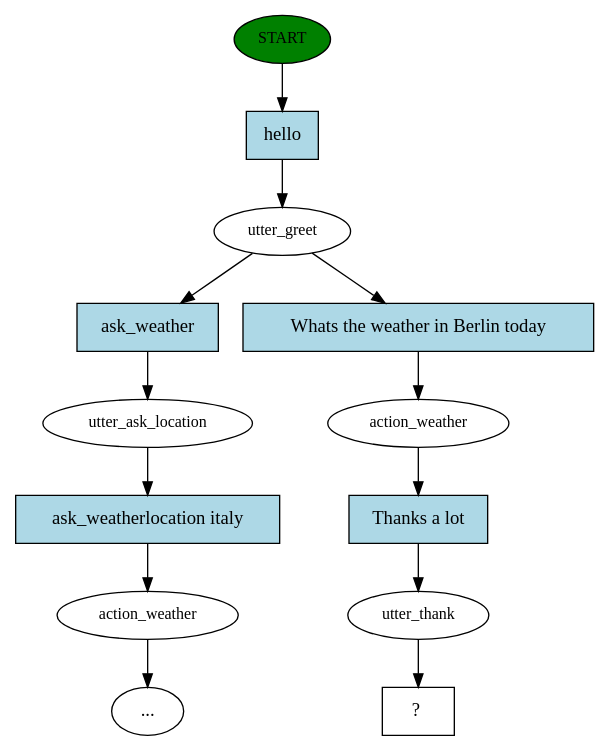
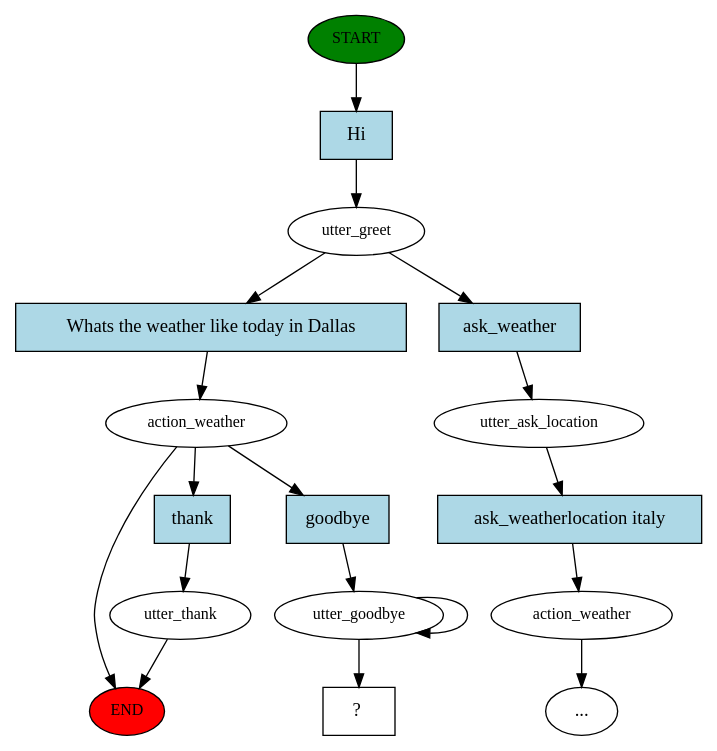
One commit to ryang420/active_bot changed the diagram in story_graph.dot. Above: the diagram before and after it, drawn with Graphviz. The commit also changed 6 other files, not shown here.

```diff
--- a/story_graph.dot
+++ b/story_graph.dot
@@ -1,27 +1,35 @@
 digraph  {
 0 [class="start active", fillcolor=green, fontsize=12, label=START, style=filled];
+"-1" [class=end, fillcolor=red, fontsize=12, label=END, style=filled];
 1 [class=active, fontsize=12, label=utter_greet];
-2 [class="", fontsize=12, label=utter_ask_location];
-3 [class="", fontsize=12, label=action_weather];
+2 [class=active, fontsize=12, label=action_weather];
+3 [class="", fontsize=12, label=utter_thank];
+5 [class="", fontsize=12, label=utter_ask_location];
+6 [class="", fontsize=12, label=action_weather];
 "-3" [class=ellipsis, label="..."];
-5 [class=active, fontsize=12, label=action_weather];
-6 [class=active, fontsize=12, label=utter_thank];
-7 [class="intent dashed active", label="  ?  ", shape=rect];
-8 [class="intent active", fillcolor=lightblue, label=hello, shape=rect, style=filled];
-9 [class=intent, fillcolor=lightblue, label=ask_weather, shape=rect, style=filled];
-10 [class="intent active", fillcolor=lightblue, label="Whats the weather in Berlin today", shape=rect, style=filled];
-11 [class=intent, fillcolor=lightblue, label="ask_weatherlocation italy", shape=rect, style=filled];
-12 [class="intent active", fillcolor=lightblue, label="Thanks a lot", shape=rect, style=filled];
-0 -> 8  [class=active, key=0];
-1 -> 9  [class="", key=0];
-1 -> 10  [class=active, key=0];
-2 -> 11  [class="", key=0];
-3 -> "-3"  [class="", key=NONE, label=""];
-5 -> 12  [class=active, key=0];
-6 -> 7  [class=active, key=NONE, label=""];
-8 -> 1  [class=active, key=0];
-9 -> 2  [class="", key=0];
-10 -> 5  [class=active, key=0];
-11 -> 3  [class="", key=0];
-12 -> 6  [class=active, key=0];
+11 [class=active, fontsize=12, label=utter_goodbye];
+13 [class="intent dashed active", label="  ?  ", shape=rect];
+14 [class="intent active", fillcolor=lightblue, label=Hi, shape=rect, style=filled];
+15 [class="intent active", fillcolor=lightblue, label="Whats the weather like today in Dallas", shape=rect, style=filled];
+16 [class=intent, fillcolor=lightblue, label=ask_weather, shape=rect, style=filled];
+17 [class=intent, fillcolor=lightblue, label=thank, shape=rect, style=filled];
+18 [class="intent active", fillcolor=lightblue, label=goodbye, shape=rect, style=filled];
+19 [class=intent, fillcolor=lightblue, label="ask_weatherlocation italy", shape=rect, style=filled];
+0 -> 14  [class=active, key=0];
+1 -> 15  [class=active, key=0];
+1 -> 16  [class="", key=0];
+2 -> "-1"  [class="", key=NONE, label=""];
+2 -> 17  [class="", key=0];
+2 -> 18  [class=active, key=0];
+3 -> "-1"  [class="", key=NONE, label=""];
+5 -> 19  [class="", key=0];
+6 -> "-3"  [class="", key=NONE, label=""];
+11 -> 13  [class=active, key=NONE, label=""];
+11 -> 11  [class=active, key=NONE, label=""];
+14 -> 1  [class=active, key=0];
+15 -> 2  [class=active, key=0];
+16 -> 5  [class="", key=0];
+17 -> 3  [class="", key=0];
+18 -> 11  [class=active, key=0];
+19 -> 6  [class="", key=0];
 }
```
